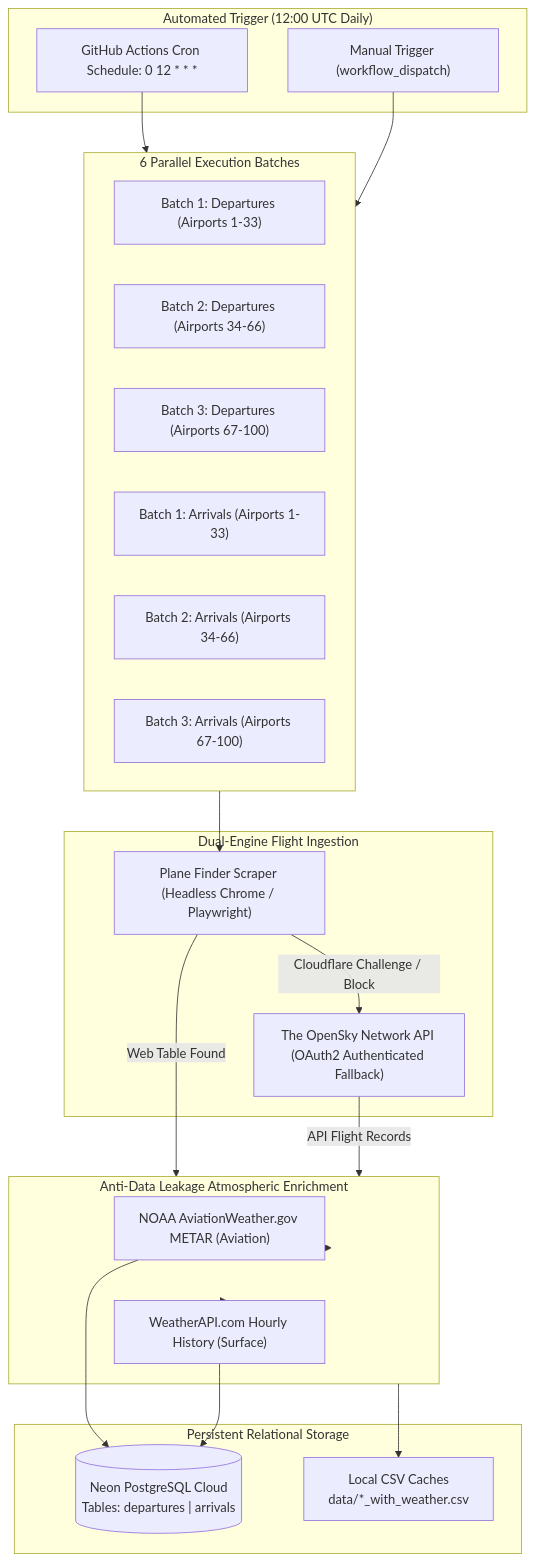
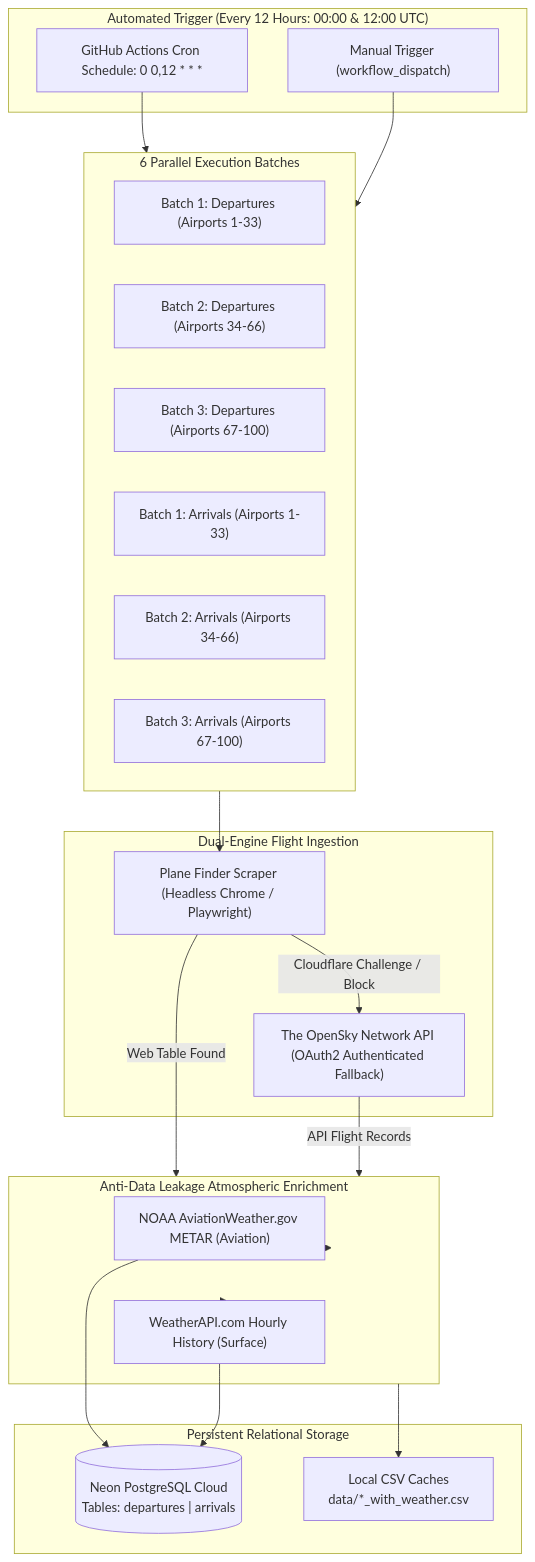
The diagram in PROJECT_SUMMARY.md (MohamedAlaa2005/delay_data), drawn with Mermaid before and after one commit. The commit also changed other lines of this file and 3 other files, not shown here.

Commit message:
Update GitHub Actions schedule to every 12 hours (00:00 & 12:00 UTC) with 14-hour lookback

````diff
--- a/PROJECT_SUMMARY.md
+++ b/PROJECT_SUMMARY.md
@@ -9,43 +9,43 @@
 ```mermaid
 flowchart TD
-    subgraph Scheduling ["Automated Trigger (12:00 UTC Daily)"]
-        CRON["GitHub Actions Cron Schedule: 0 12 * * *"]
+    subgraph Scheduling ["Automated Trigger (Every 12 Hours: 00:00 & 12:00 UTC)"]
+        CRON["GitHub Actions Cron Schedule: 0 0,12 * * *"]
         DISPATCH["Manual Trigger (workflow_dispatch)"]
     end
 
     subgraph Matrix ["6 Parallel Execution Batches"]
         B1D["Batch 1: Departures (Airports 1-33)"]
         B2D["Batch 2: Departures (Airports 34-66)"]
         B3D["Batch 3: Departures (Airports 67-100)"]
         B1A["Batch 1: Arrivals (Airports 1-33)"]
         B2A["Batch 2: Arrivals (Airports 34-66)"]
         B3A["Batch 3: Arrivals (Airports 67-100)"]
     end
 
     subgraph Ingestion ["Dual-Engine Flight Ingestion"]
         PF["Plane Finder Scraper (Headless Chrome / Playwright)"]
         OS["The OpenSky Network API (OAuth2 Authenticated Fallback)"]
     end
 
     subgraph Enrichment ["Anti-Data Leakage Atmospheric Enrichment"]
         METAR["NOAA AviationWeather.gov METAR (Aviation)"]
         WAPI["WeatherAPI.com Hourly History (Surface)"]
     end
 
     subgraph Storage ["Persistent Relational Storage"]
         NEON[("Neon PostgreSQL Cloud\nTables: departures | arrivals")]
         CSV["Local CSV Caches\ndata/*_with_weather.csv"]
     end
 
     CRON --> Matrix
     DISPATCH --> Matrix
     Matrix --> PF
     PF -->|Cloudflare Challenge / Block| OS
     PF -->|Web Table Found| Enrichment
     OS -->|API Flight Records| Enrichment
     Enrichment --> METAR
     Enrichment --> WAPI
     METAR --> NEON
     WAPI --> NEON
     Enrichment --> CSV
 ```
````
